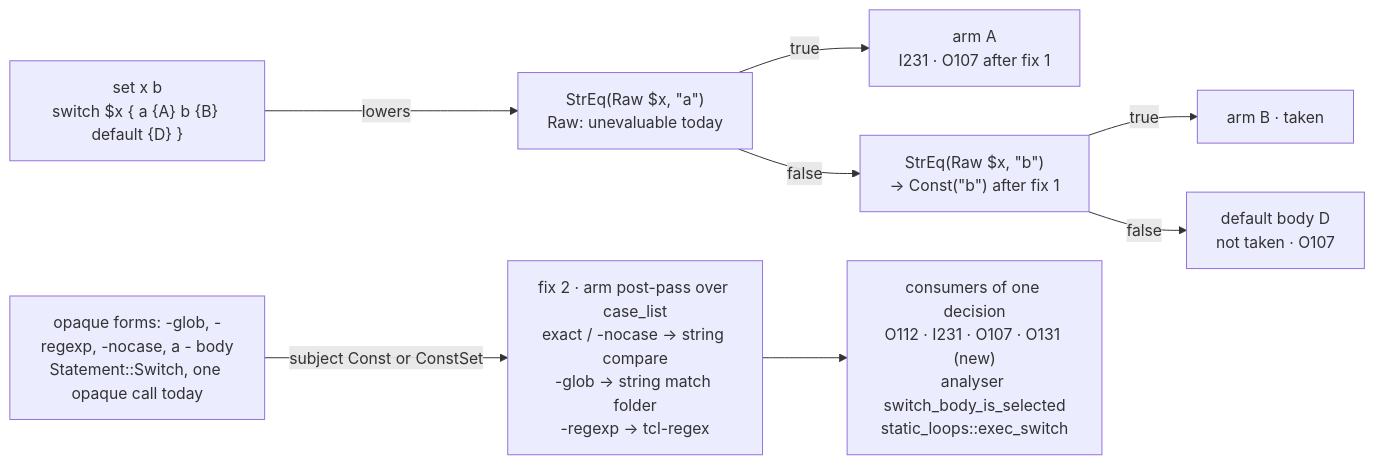
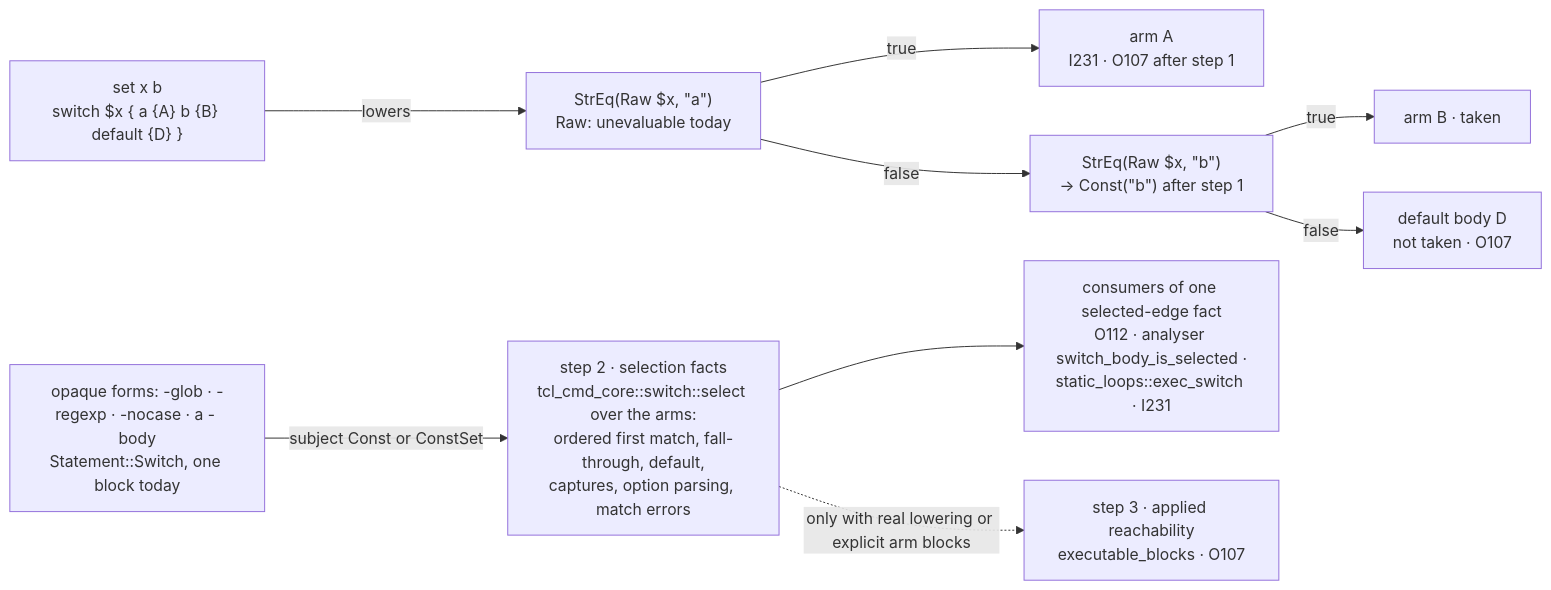
The fifth of 5 diagrams in docs/design/compiler/value-transfers.md (bitwisecook/tcl-lsp), drawn with Mermaid before and after one commit. The commit also changed other lines of this file and 7 other files, not shown here.

````diff
--- a/docs/design/compiler/value-transfers.md
+++ b/docs/design/compiler/value-transfers.md
@@ -1243,10 +826,11 @@
 ```mermaid
 flowchart LR
     SRC["set x b<br/>switch $x { a {A} b {B} default {D} }"] -->|lowers| C1["StrEq(Raw $x, &quot;a&quot;)<br/>Raw: unevaluable today"]
-    C1 -->|true| A["arm A<br/>I231 · O107 after fix 1"]
-    C1 -->|false| C2["StrEq(Raw $x, &quot;b&quot;)<br/>→ Const(&quot;b&quot;) after fix 1"]
+    C1 -->|true| A["arm A<br/>I231 · O107 after step 1"]
+    C1 -->|false| C2["StrEq(Raw $x, &quot;b&quot;)<br/>→ Const(&quot;b&quot;) after step 1"]
     C2 -->|true| B["arm B · taken"]
     C2 -->|false| D["default body D<br/>not taken · O107"]
-    OP["opaque forms: -glob, -regexp, -nocase, a - body<br/>Statement::Switch, one opaque call today"] -->|subject Const or ConstSet| PP["fix 2 · arm post-pass over case_list<br/>exact / -nocase → string compare<br/>-glob → string match folder<br/>-regexp → tcl-regex"]
-    PP --> CONS["consumers of one decision<br/>O112 · I231 · O107 · O131 (new)<br/>analyser switch_body_is_selected<br/>static_loops::exec_switch"]
+    OP["opaque forms: -glob · -regexp · -nocase · a - body<br/>Statement::Switch, one block today"] -->|subject Const or ConstSet| SEL["step 2 · selection facts<br/>tcl_cmd_core::switch::select over the arms:<br/>ordered first match, fall-through, default,<br/>captures, option parsing, match errors"]
+    SEL --> CONS["consumers of one selected-edge fact<br/>O112 · analyser switch_body_is_selected ·<br/>static_loops::exec_switch · I231"]
+    SEL -. only with real lowering or explicit arm blocks .-> CFG["step 3 · applied reachability<br/>executable_blocks · O107"]
 ```
````
